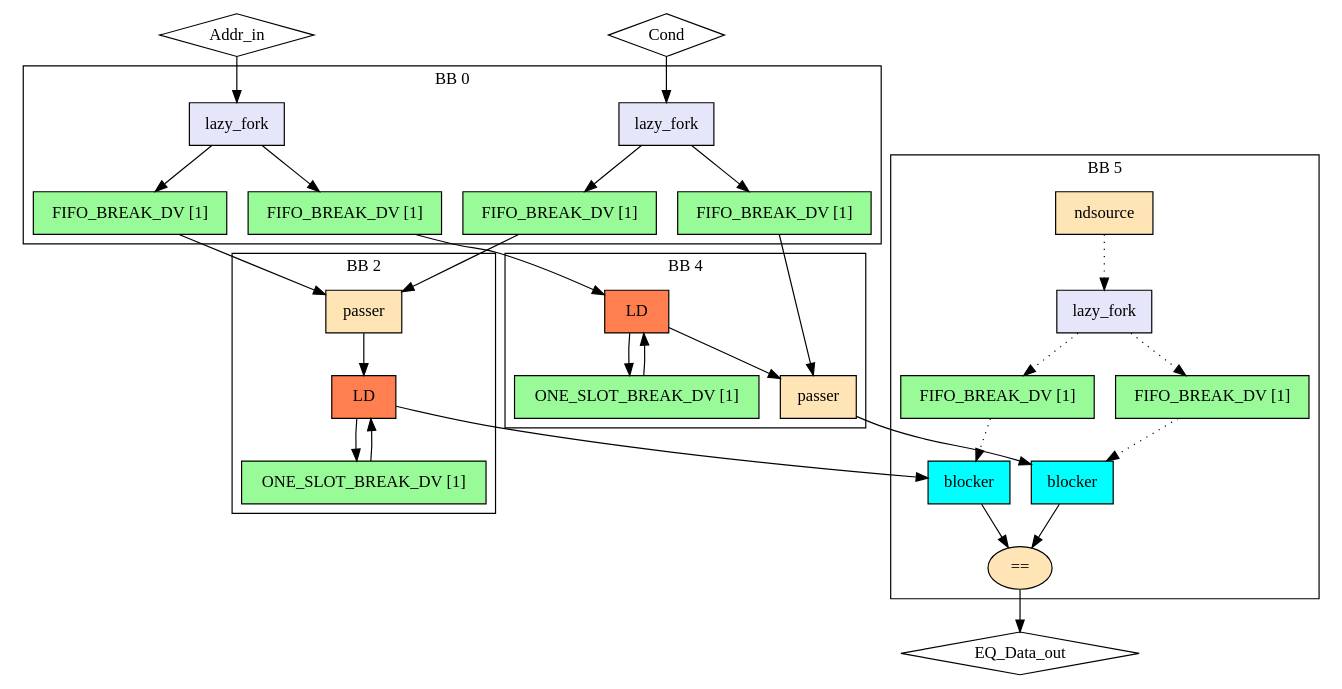
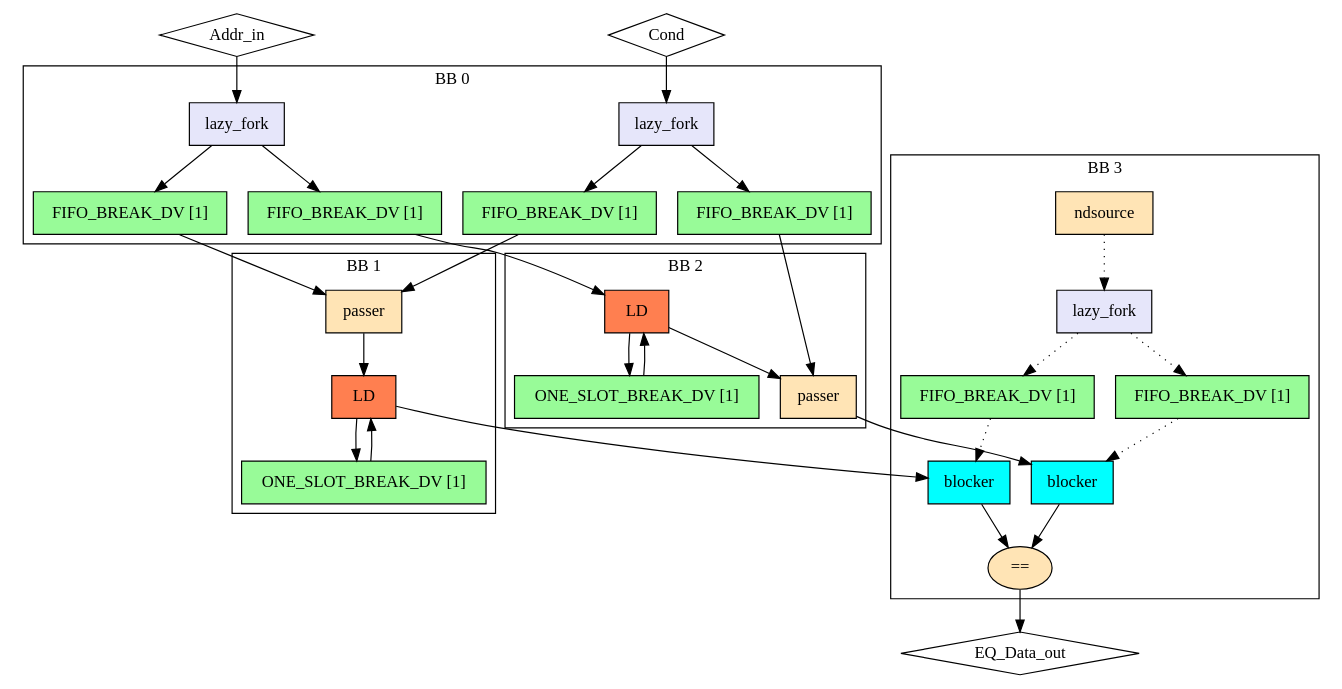
Before and after one commit to EPFL-LAP/dynamatic: the diagram in experimental/tools/elastic-miter/out/sup_load/miter/model.dot, drawn with Graphviz. The commit also changed 932 other files, not shown here.

```diff
--- a/experimental/tools/elastic-miter/out/sup_load/miter/model.dot
+++ b/experimental/tools/elastic-miter/out/sup_load/miter/model.dot
@@ -1,64 +1,64 @@
 Digraph G {
   splines=spline
   compound=true
   "Addr_in" ["style"="solid", "shape"="diamond", "label"="Addr_in", "mlir_op"="handshake.func"]
   "Cond" ["style"="solid", "shape"="diamond", "label"="Cond", "mlir_op"="handshake.func"]
   "EQ_Data_out" ["style"="solid", "shape"="diamond", "label"="EQ_Data_out", "mlir_op"="handshake.func"]
   "Addr_in" -> "in_fork_Addr_in" ["dir"="both", "style"="solid", "arrowhead"="normal", "from_idx"="0", "to"="ins", "arrowtail"="none", "from"="Addr_in", "to_idx"="0"]
   "Cond" -> "in_fork_Cond" ["dir"="both", "style"="solid", "arrowhead"="normal", "from_idx"="1", "to"="ins", "arrowtail"="none", "from"="Cond", "to_idx"="0"]
   "lhs_in_buf_Addr_in" -> "lhs_passer" ["dir"="both", "style"="solid", "arrowhead"="normal", "from_idx"="0", "to"="data", "arrowtail"="none", "from"="outs", "to_idx"="0"]
   "rhs_in_buf_Addr_in" -> "rhs_load0" ["dir"="both", "style"="solid", "arrowhead"="normal", "from_idx"="0", "to"="addrIn", "arrowtail"="none", "from"="outs", "to_idx"="0"]
   "lhs_in_buf_Cond" -> "lhs_passer" ["dir"="both", "style"="solid", "arrowhead"="normal", "from_idx"="0", "to"="ctrl", "arrowtail"="none", "from"="outs", "to_idx"="1"]
   "rhs_in_buf_Cond" -> "rhs_passer" ["dir"="both", "style"="solid", "arrowhead"="normal", "from_idx"="0", "to"="ctrl", "arrowtail"="none", "from"="outs", "to_idx"="1"]
   "out_eq_Data_out" -> "EQ_Data_out" ["dir"="both", "style"="solid", "arrowhead"="normal", "from_idx"="0", "to"="EQ_Data_out", "arrowtail"="none", "from"="result", "to_idx"="0"]
   "lhs_load0" -> "lhs_out_bl_Data_out" ["dir"="both", "style"="solid", "arrowhead"="normal", "from_idx"="1", "to"="ins", "arrowtail"="none", "from"="dataOut", "to_idx"="0"]
   "rhs_passer" -> "rhs_out_bl_Data_out" ["dir"="both", "style"="solid", "arrowhead"="normal", "from_idx"="0", "to"="ins", "arrowtail"="none", "from"="result", "to_idx"="0"]
   subgraph cluster0 {
     graph ["label"="BB 0"]
     "in_fork_Addr_in" ["style"="filled", "fillcolor"="lavender", "shape"="box", "label"="lazy_fork", "mlir_op"="handshake.lazy_fork"]
     "lhs_in_buf_Addr_in" ["style"="filled", "fillcolor"="palegreen", "shape"="box", "label"="FIFO_BREAK_DV [1]", "mlir_op"="handshake.buffer"]
     "rhs_in_buf_Addr_in" ["style"="filled", "fillcolor"="palegreen", "shape"="box", "label"="FIFO_BREAK_DV [1]", "mlir_op"="handshake.buffer"]
     "in_fork_Cond" ["style"="filled", "fillcolor"="lavender", "shape"="box", "label"="lazy_fork", "mlir_op"="handshake.lazy_fork"]
     "lhs_in_buf_Cond" ["style"="filled", "fillcolor"="palegreen", "shape"="box", "label"="FIFO_BREAK_DV [1]", "mlir_op"="handshake.buffer"]
     "rhs_in_buf_Cond" ["style"="filled", "fillcolor"="palegreen", "shape"="box", "label"="FIFO_BREAK_DV [1]", "mlir_op"="handshake.buffer"]
     "in_fork_Addr_in" -> "lhs_in_buf_Addr_in" ["dir"="both", "style"="solid", "arrowhead"="normal", "from_idx"="0", "to"="ins", "arrowtail"="none", "from"="outs_0", "to_idx"="0"]
     "in_fork_Addr_in" -> "rhs_in_buf_Addr_in" ["dir"="both", "style"="solid", "arrowhead"="normal", "from_idx"="1", "to"="ins", "arrowtail"="none", "from"="outs_1", "to_idx"="0"]
     "in_fork_Cond" -> "lhs_in_buf_Cond" ["dir"="both", "style"="solid", "arrowhead"="normal", "from_idx"="0", "to"="ins", "arrowtail"="none", "from"="outs_0", "to_idx"="0"]
     "in_fork_Cond" -> "rhs_in_buf_Cond" ["dir"="both", "style"="solid", "arrowhead"="normal", "from_idx"="1", "to"="ins", "arrowtail"="none", "from"="outs_1", "to_idx"="0"]
   }
-  subgraph cluster5 {
-    graph ["label"="BB 5"]
+  subgraph cluster3 {
+    graph ["label"="BB 3"]
     "out_nds_Data_out" ["style"="filled", "fillcolor"="moccasin", "shape"="box", "label"="ndsource", "mlir_op"="handshake.ndsource"]
     "out_lf_Data_out" ["style"="filled", "fillcolor"="lavender", "shape"="box", "label"="lazy_fork", "mlir_op"="handshake.lazy_fork"]
     "out_buf_lhs_nds_Data_out" ["style"="filled", "fillcolor"="palegreen", "shape"="box", "label"="FIFO_BREAK_DV [1]", "mlir_op"="handshake.buffer"]
     "out_buf_rhs_nds_Data_out" ["style"="filled", "fillcolor"="palegreen", "shape"="box", "label"="FIFO_BREAK_DV [1]", "mlir_op"="handshake.buffer"]
     "lhs_out_bl_Data_out" ["style"="filled", "fillcolor"="cyan", "shape"="box", "label"="blocker", "mlir_op"="handshake.blocker"]
     "rhs_out_bl_Data_out" ["style"="filled", "fillcolor"="cyan", "shape"="box", "label"="blocker", "mlir_op"="handshake.blocker"]
     "out_eq_Data_out" ["style"="filled", "fillcolor"="moccasin", "shape"="oval", "label"="==", "mlir_op"="handshake.cmpi=="]
     "out_nds_Data_out" -> "out_lf_Data_out" ["dir"="both", "style"="dotted", "arrowhead"="normal", "from_idx"="0", "to"="ins", "arrowtail"="none", "from"="result", "to_idx"="0"]
     "out_lf_Data_out" -> "out_buf_lhs_nds_Data_out" ["dir"="both", "style"="dotted", "arrowhead"="normal", "from_idx"="0", "to"="ins", "arrowtail"="none", "from"="outs_0", "to_idx"="0"]
     "out_lf_Data_out" -> "out_buf_rhs_nds_Data_out" ["dir"="both", "style"="dotted", "arrowhead"="normal", "from_idx"="1", "to"="ins", "arrowtail"="none", "from"="outs_1", "to_idx"="0"]
     "out_buf_lhs_nds_Data_out" -> "lhs_out_bl_Data_out" ["dir"="both", "style"="dotted", "arrowhead"="normal", "from_idx"="0", "to"="ctrl", "arrowtail"="none", "from"="outs", "to_idx"="1"]
     "out_buf_rhs_nds_Data_out" -> "rhs_out_bl_Data_out" ["dir"="both", "style"="dotted", "arrowhead"="normal", "from_idx"="0", "to"="ctrl", "arrowtail"="none", "from"="outs", "to_idx"="1"]
     "lhs_out_bl_Data_out" -> "out_eq_Data_out" ["dir"="both", "style"="solid", "arrowhead"="normal", "from_idx"="0", "to"="lhs", "arrowtail"="none", "from"="outs", "to_idx"="0"]
     "rhs_out_bl_Data_out" -> "out_eq_Data_out" ["dir"="both", "style"="solid", "arrowhead"="normal", "from_idx"="0", "to"="rhs", "arrowtail"="none", "from"="outs", "to_idx"="1"]
   }
-  subgraph cluster2 {
-    graph ["label"="BB 2"]
+  subgraph cluster1 {
+    graph ["label"="BB 1"]
     "lhs_passer" ["style"="filled", "fillcolor"="moccasin", "shape"="box", "label"="passer", "mlir_op"="handshake.passer"]
     "lhs_load0" ["style"="filled", "fillcolor"="coral", "shape"="box", "label"="LD", "mlir_op"="handshake.load"]
     "lhs_mc_buffer" ["style"="filled", "fillcolor"="palegreen", "shape"="box", "label"="ONE_SLOT_BREAK_DV [1]", "mlir_op"="handshake.buffer"]
     "lhs_passer" -> "lhs_load0" ["dir"="both", "style"="solid", "arrowhead"="normal", "from_idx"="0", "to"="addrIn", "arrowtail"="none", "from"="result", "to_idx"="0"]
     "lhs_load0" -> "lhs_mc_buffer" ["dir"="both", "style"="solid", "arrowhead"="normal", "from_idx"="0", "to"="ins", "arrowtail"="none", "from"="addrOut", "to_idx"="0"]
     "lhs_mc_buffer" -> "lhs_load0" ["dir"="both", "style"="solid", "arrowhead"="normal", "from_idx"="0", "to"="dataFromMem", "arrowtail"="none", "from"="outs", "to_idx"="1"]
   }
-  subgraph cluster4 {
-    graph ["label"="BB 4"]
+  subgraph cluster2 {
+    graph ["label"="BB 2"]
     "rhs_load0" ["style"="filled", "fillcolor"="coral", "shape"="box", "label"="LD", "mlir_op"="handshake.load"]
     "rhs_mc_buffer" ["style"="filled", "fillcolor"="palegreen", "shape"="box", "label"="ONE_SLOT_BREAK_DV [1]", "mlir_op"="handshake.buffer"]
     "rhs_passer" ["style"="filled", "fillcolor"="moccasin", "shape"="box", "label"="passer", "mlir_op"="handshake.passer"]
     "rhs_load0" -> "rhs_mc_buffer" ["dir"="both", "style"="solid", "arrowhead"="normal", "from_idx"="0", "to"="ins", "arrowtail"="none", "from"="addrOut", "to_idx"="0"]
     "rhs_load0" -> "rhs_passer" ["dir"="both", "style"="solid", "arrowhead"="normal", "from_idx"="1", "to"="data", "arrowtail"="none", "from"="dataOut", "to_idx"="0"]
     "rhs_mc_buffer" -> "rhs_load0" ["dir"="both", "style"="solid", "arrowhead"="normal", "from_idx"="0", "to"="dataFromMem", "arrowtail"="none", "from"="outs", "to_idx"="1"]
   }
 }
```
